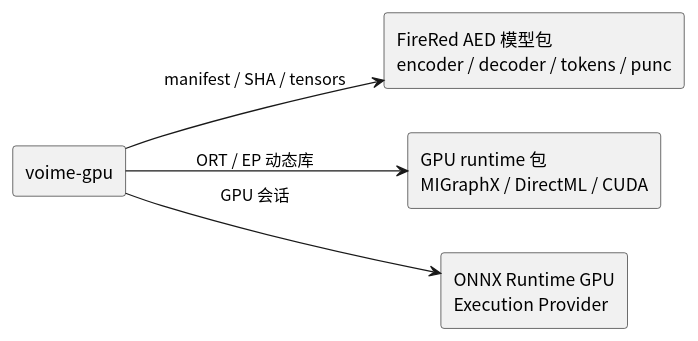
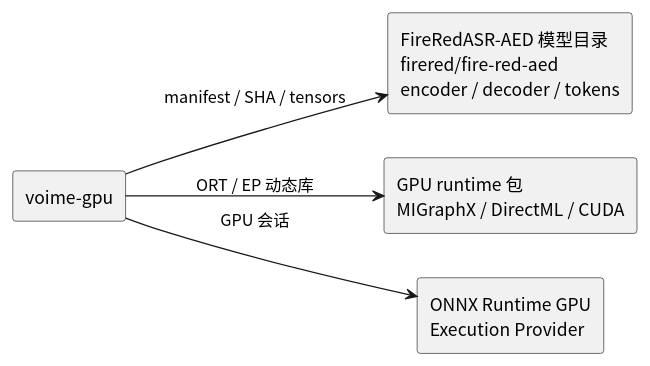
The diagram in crates/voime-gpu/diagram/provider-map.puml (54m43lJ/voime), drawn with PlantUML before and after one commit. The commit also changed 127 other files, not shown here.

```diff
--- a/crates/voime-gpu/diagram/provider-map.puml
+++ b/crates/voime-gpu/diagram/provider-map.puml
@@ -1,15 +1,15 @@
 @startuml
 skinparam defaultFontName "Noto Sans CJK SC"
 skinparam shadowing false
 skinparam componentStyle rectangle
 left to right direction
 
 component "voime-gpu" as Worker
-component "FireRed AED 模型包\nencoder / decoder / tokens / punc" as Model
+component "FireRedASR-AED 模型目录\nfirered/fire-red-aed\nencoder / decoder / tokens" as Model
 component "GPU runtime 包\nMIGraphX / DirectML / CUDA" as Runtime
 component "ONNX Runtime GPU\nExecution Provider" as Ort
 
 Worker --> Model : manifest / SHA / tensors
 Worker --> Runtime : ORT / EP 动态库
 Worker --> Ort : GPU 会话
 @enduml
```
